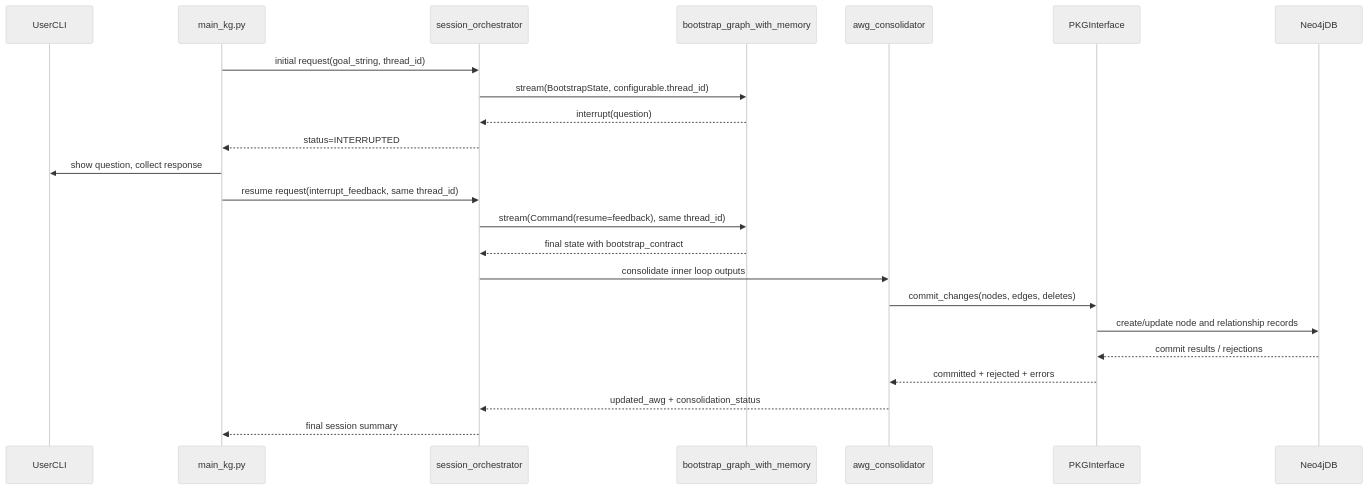
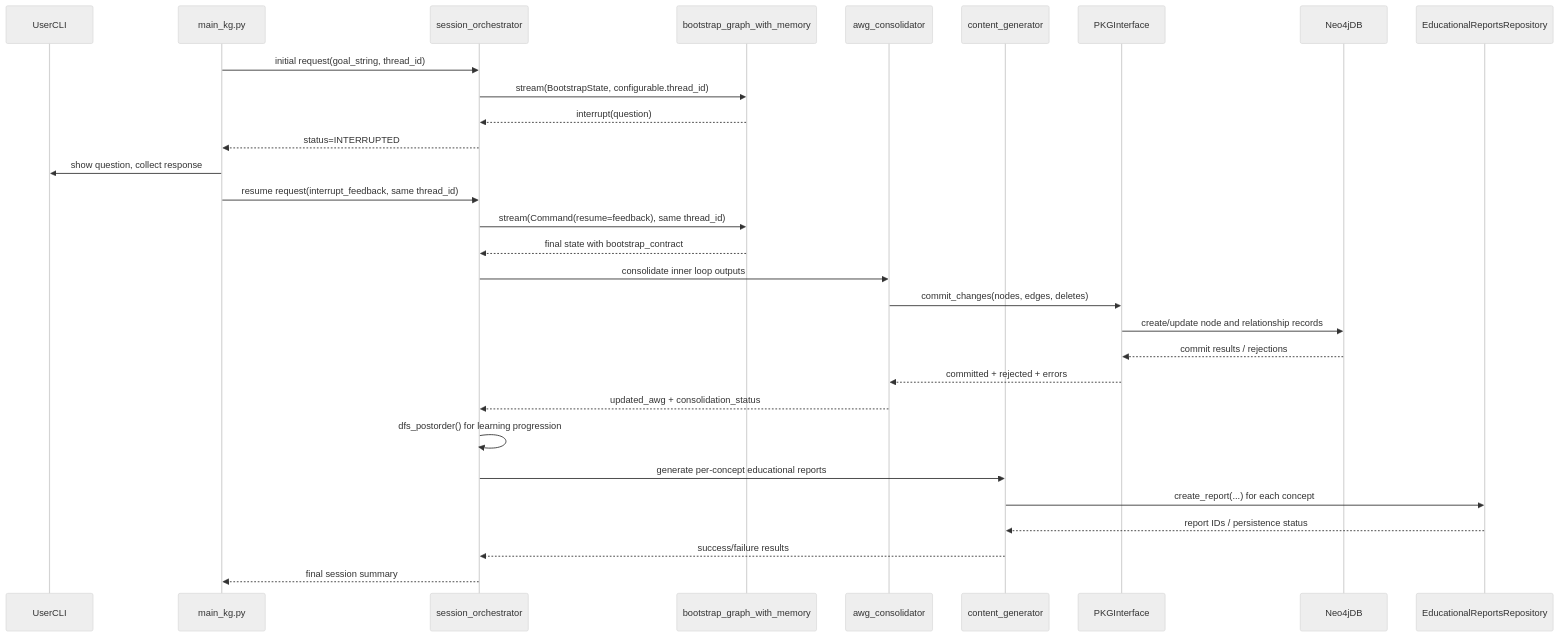
One commit to cognitiq-ai/deer-flow changed the fourth of 4 diagrams in docs/kg-runtime-index/diagrams/overview.md. Above: the diagram before and after it, drawn with Mermaid (neutral theme). The commit also changed other lines of this file and 6 other files, not shown here.

````diff
--- a/docs/kg-runtime-index/diagrams/overview.md
+++ b/docs/kg-runtime-index/diagrams/overview.md
@@ -113,27 +117,34 @@
 ```mermaid
 sequenceDiagram
     participant User as UserCLI
     participant Main as main_kg.py
     participant Orch as session_orchestrator
     participant Boot as bootstrap_graph_with_memory
     participant KG4 as awg_consolidator
+    participant Content as content_generator
     participant PKG as PKGInterface
     participant Neo4j as Neo4jDB
+    participant ER as EducationalReportsRepository
 
     Main->>Orch: initial request(goal_string, thread_id)
     Orch->>Boot: stream(BootstrapState, configurable.thread_id)
     Boot-->>Orch: interrupt(question)
     Orch-->>Main: status=INTERRUPTED
     Main->>User: show question, collect response
     Main->>Orch: resume request(interrupt_feedback, same thread_id)
     Orch->>Boot: stream(Command(resume=feedback), same thread_id)
     Boot-->>Orch: final state with bootstrap_contract
 
     Orch->>KG4: consolidate inner loop outputs
     KG4->>PKG: commit_changes(nodes, edges, deletes)
     PKG->>Neo4j: create/update node and relationship records
     Neo4j-->>PKG: commit results / rejections
     PKG-->>KG4: committed + rejected + errors
     KG4-->>Orch: updated_awg + consolidation_status
+    Orch->>Orch: dfs_postorder() for learning progression
+    Orch->>Content: generate per-concept educational reports
+    Content->>ER: create_report(...) for each concept
+    ER-->>Content: report IDs / persistence status
+    Content-->>Orch: success/failure results
     Orch-->>Main: final session summary
 ```
````
